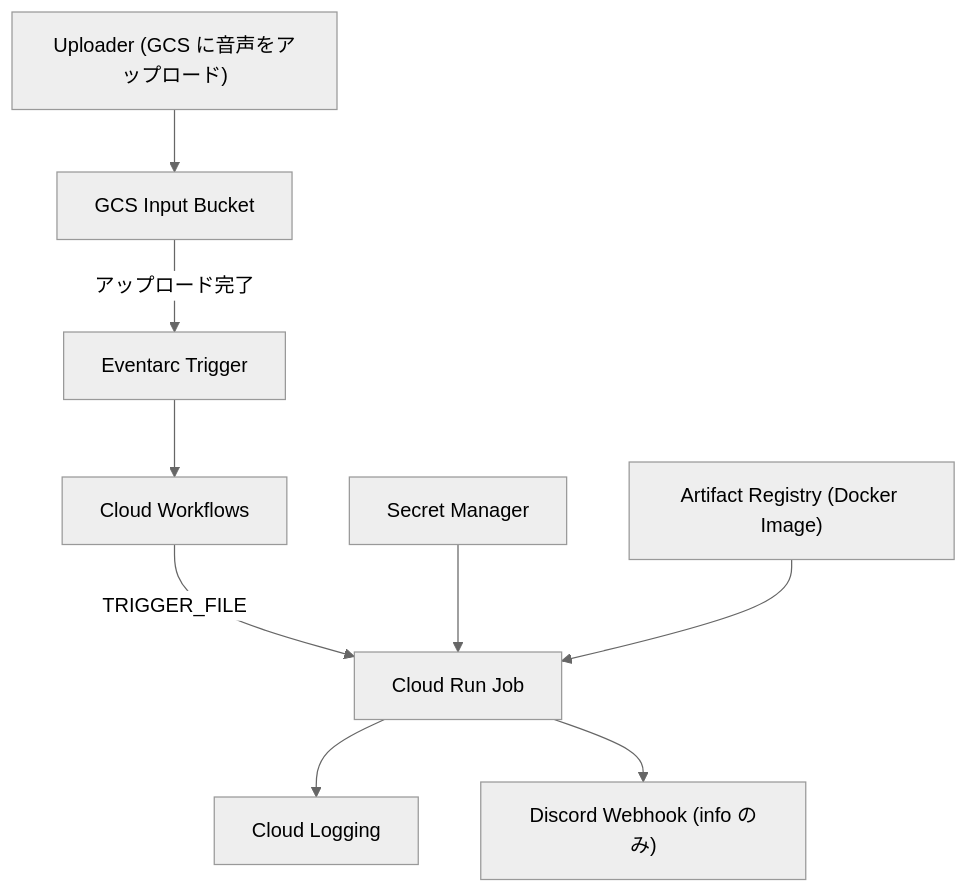
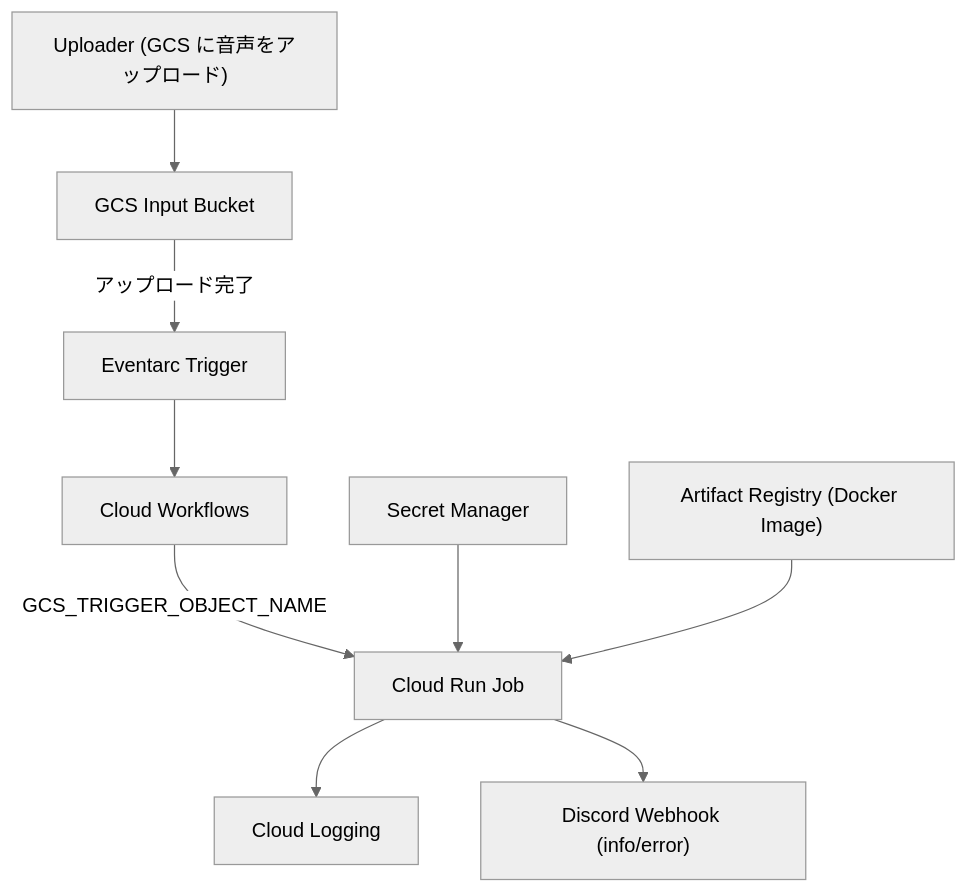
One commit to sunaba-log/sparkcast changed the diagram in automator/ARCHITECTURE.md. Above: the diagram before and after it, drawn with Mermaid (neutral theme). The commit also changed other lines of this file and 13 other files, not shown here.

````diff
--- a/automator/ARCHITECTURE.md
+++ b/automator/ARCHITECTURE.md
@@ -20,11 +20,11 @@
 ```mermaid
 flowchart TD
     Uploader["Uploader (GCS に音声をアップロード)"] --> Bucket["GCS Input Bucket"]
     Bucket -->|アップロード完了| Eventarc["Eventarc Trigger"]
     Eventarc --> Workflows["Cloud Workflows"]
-    Workflows -->|TRIGGER_FILE| RunJob["Cloud Run Job"]
+    Workflows -->|GCS_TRIGGER_OBJECT_NAME| RunJob["Cloud Run Job"]
     RunJob --> Logs["Cloud Logging"]
-    RunJob --> Discord["Discord Webhook (info のみ)"]
+    RunJob --> Discord["Discord Webhook (info/error)"]
     Secret["Secret Manager"] --> RunJob
     Artifact["Artifact Registry (Docker Image)"] --> RunJob
 ```
````
